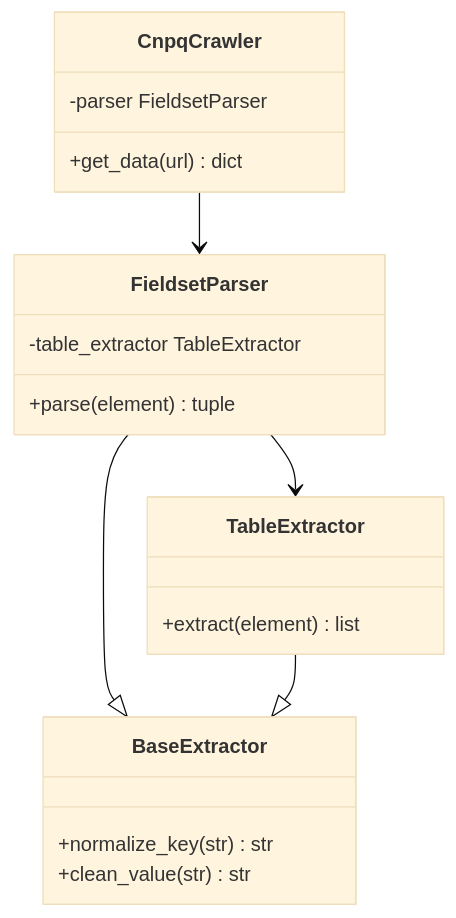
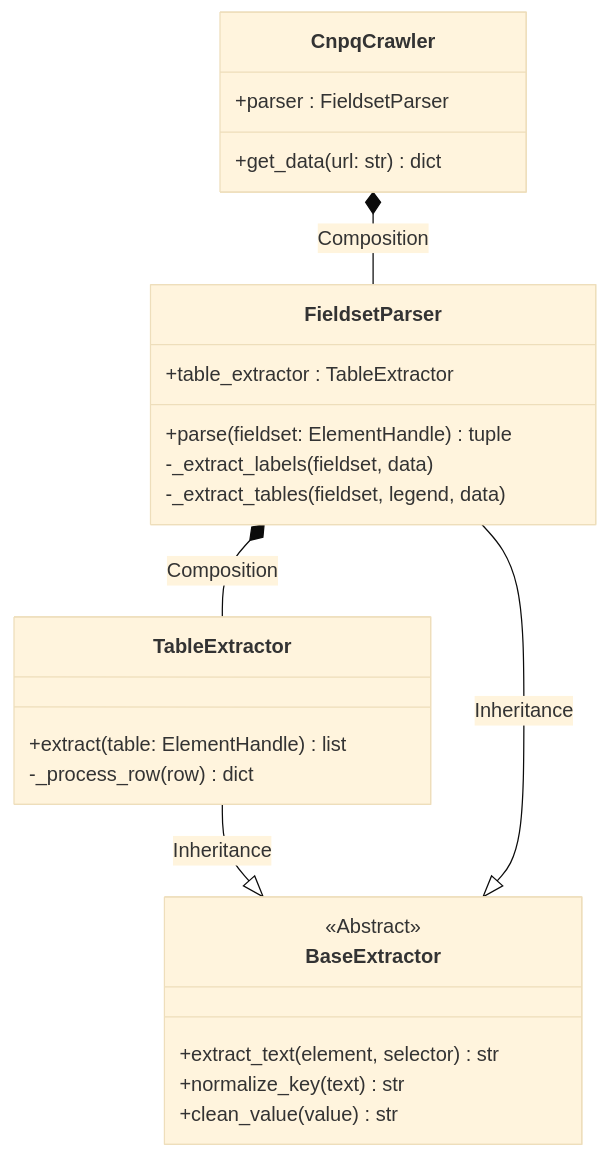
The diagram in docs/2 - implementacao/SI1-2 - identification/SI2-Analise.md (ifesserra-lab/dgp.cnqp_lib), drawn with Mermaid (base theme) before and after one commit. The commit also changed other lines of this file and 1 other file, not shown here.

````diff
--- a/docs/2 - implementacao/SI1-2 - identification/SI2-Analise.md
+++ b/docs/2 - implementacao/SI1-2 - identification/SI2-Analise.md
@@ -19,23 +47,35 @@
 ```mermaid
 classDiagram
+    %% Core
     class CnpqCrawler {
-        +get_data(url) dict
-        -parser FieldsetParser
-    }
-    class BaseExtractor {
-        +normalize_key(str) str
-        +clean_value(str) str
-    }
-    class FieldsetParser {
-        +parse(element) tuple
-        -table_extractor TableExtractor
-    }
-    class TableExtractor {
-        +extract(element) list
+        +parser : FieldsetParser
+        +get_data(url: str) dict
     }
 
-    CnpqCrawler --> FieldsetParser
-    FieldsetParser --|> BaseExtractor
-    TableExtractor --|> BaseExtractor
-    FieldsetParser --> TableExtractor
+    %% Extractors
+    class BaseExtractor {
+        <<Abstract>>
+        +extract_text(element, selector) str
+        +normalize_key(text) str
+        +clean_value(value) str
+    }
+
+    class TableExtractor {
+        +extract(table: ElementHandle) list
+        -_process_row(row) dict
+    }
+
+    class FieldsetParser {
+        +table_extractor : TableExtractor
+        +parse(fieldset: ElementHandle) tuple
+        -_extract_labels(fieldset, data)
+        -_extract_tables(fieldset, legend, data)
+    }
+
+    %% Relationships
+    TableExtractor --|> BaseExtractor : Inheritance
+    FieldsetParser --|> BaseExtractor : Inheritance
+    
+    CnpqCrawler *-- FieldsetParser : Composition
+    FieldsetParser *-- TableExtractor : Composition
 ```
````
